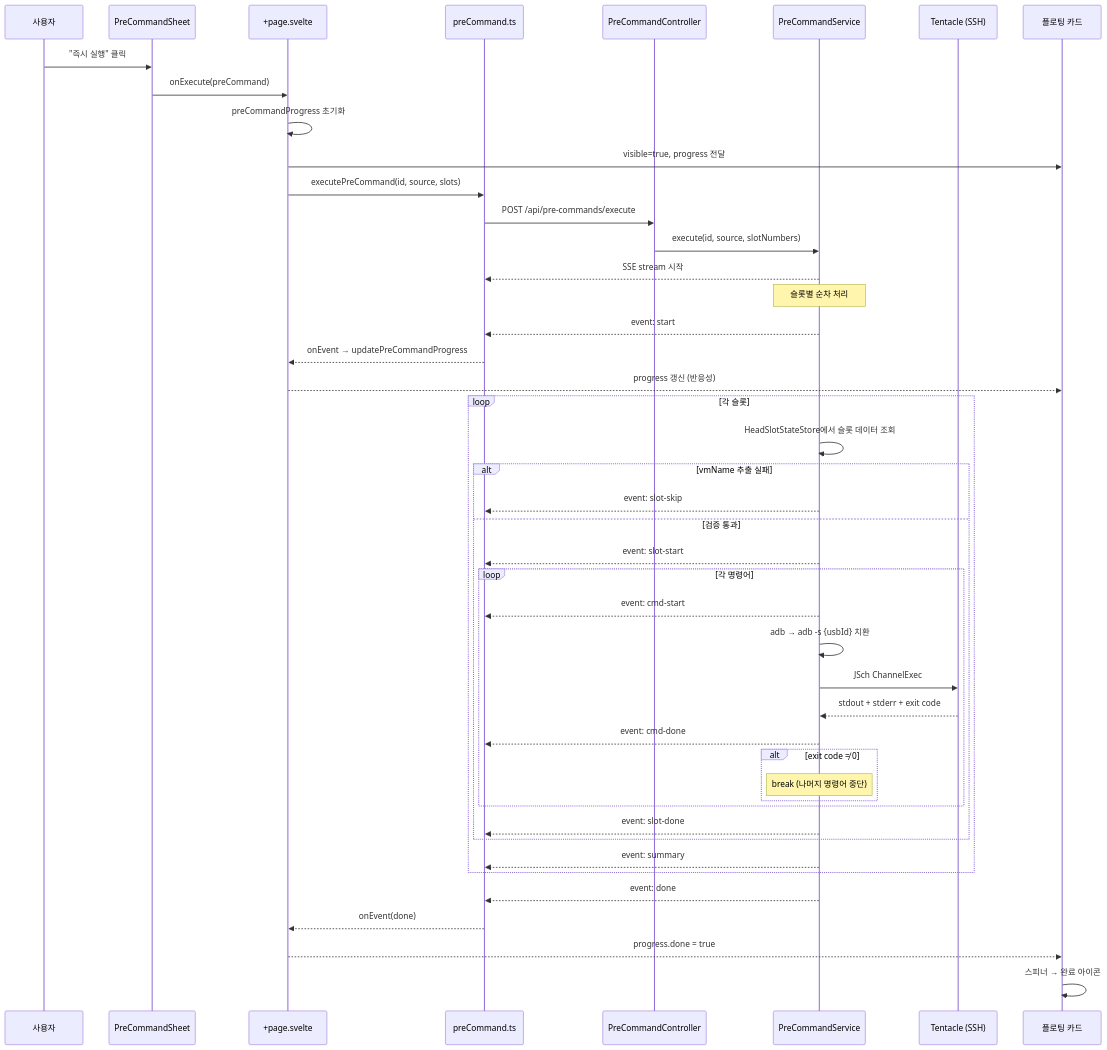
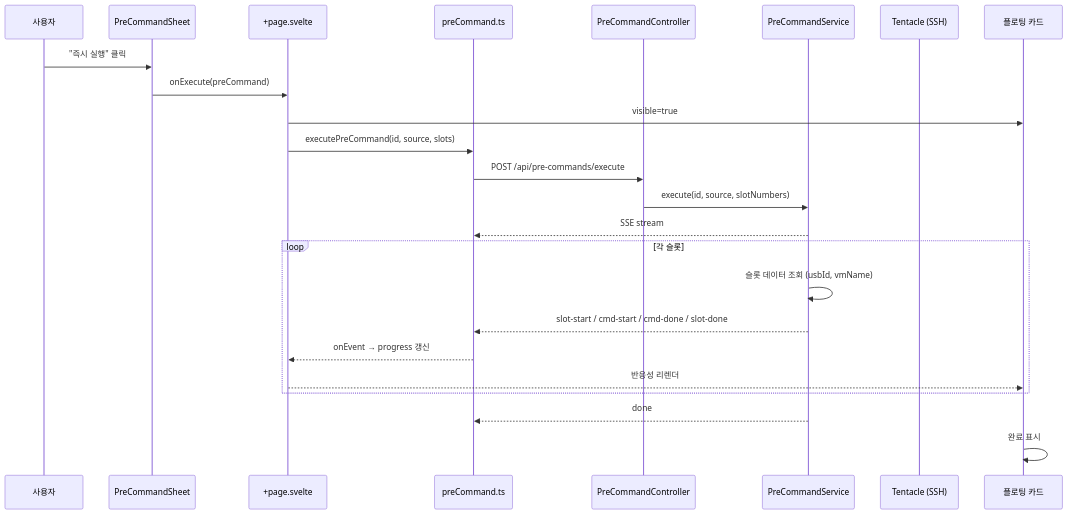
The first of 4 diagrams in src/content/docs/internals/pre-command-execution-flow.md (kakaromo/kakaromo.github.io), drawn with Mermaid before and after one commit. The commit also changed other lines of this file and 3 other files, not shown here.

First line of the commit message:
docs: Pre-Command 문서 개편 — position 기반 통합 구조, Mockup, DB 흐름

````diff
--- a/src/content/docs/internals/pre-command-execution-flow.md
+++ b/src/content/docs/internals/pre-command-execution-flow.md
@@ -10,56 +10,29 @@
 ```mermaid
 sequenceDiagram
     participant U as 사용자
     participant Sheet as PreCommandSheet
     participant Page as +page.svelte
     participant API as preCommand.ts
     participant CTRL as PreCommandController
     participant SVC as PreCommandService
     participant SSH as Tentacle (SSH)
     participant Card as 플로팅 카드
 
     U->>Sheet: "즉시 실행" 클릭
     Sheet->>Page: onExecute(preCommand)
-    Page->>Page: preCommandProgress 초기화
-    Page->>Card: visible=true, progress 전달
+    Page->>Card: visible=true
     Page->>API: executePreCommand(id, source, slots)
     API->>CTRL: POST /api/pre-commands/execute
     CTRL->>SVC: execute(id, source, slotNumbers)
-    SVC-->>API: SSE stream 시작
-
-    Note over SVC: 슬롯별 순차 처리
-
-    SVC-->>API: event: start
-    API-->>Page: onEvent → updatePreCommandProgress
-    Page-->>Card: progress 갱신 (반응성)
+    SVC-->>API: SSE stream
 
     loop 각 슬롯
-        SVC->>SVC: HeadSlotStateStore에서 슬롯 데이터 조회
-
-        alt vmName 추출 실패
-            SVC-->>API: event: slot-skip
-        else 검증 통과
-            SVC-->>API: event: slot-start
-
-            loop 각 명령어
-                SVC-->>API: event: cmd-start
-                SVC->>SVC: adb → adb -s {usbId} 치환
-                SVC->>SSH: JSch ChannelExec
-                SSH-->>SVC: stdout + stderr + exit code
-                SVC-->>API: event: cmd-done
-
-                alt exit code ≠ 0
-                    Note over SVC: break (나머지 명령어 중단)
-                end
-            end
-
-            SVC-->>API: event: slot-done
-        end
-        SVC-->>API: event: summary
+        SVC->>SVC: 슬롯 데이터 조회 (usbId, vmName)
+        SVC-->>API: slot-start / cmd-start / cmd-done / slot-done
+        API-->>Page: onEvent → progress 갱신
+        Page-->>Card: 반응성 리렌더
     end
 
-    SVC-->>API: event: done
-    API-->>Page: onEvent(done)
-    Page-->>Card: progress.done = true
-    Card->>Card: 스피너 → 완료 아이콘
+    SVC-->>API: done
+    Card->>Card: 완료 표시
 ```
````
